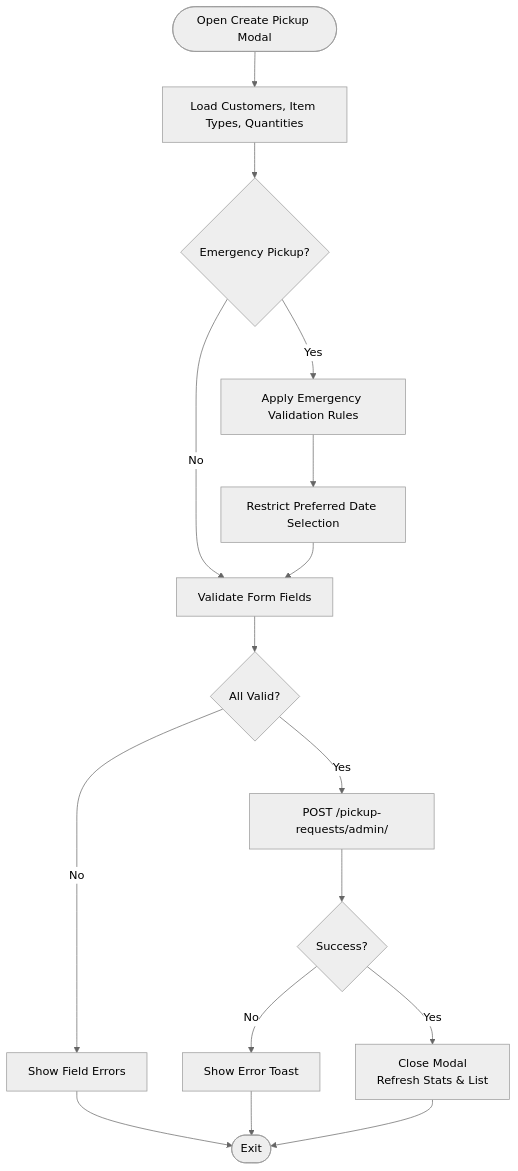
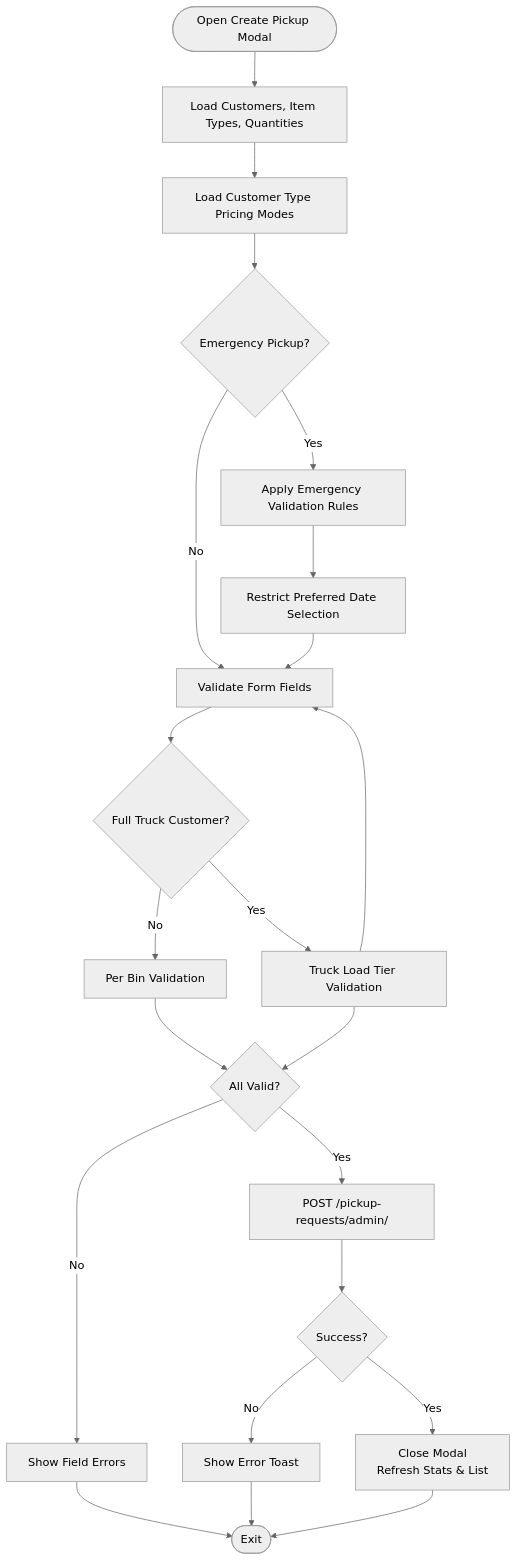
The fourth of 11 diagrams in .qoder/repowiki/en/content/Business Modules/Pickup Operations.md (Lazynerd-Studios/lacarte-atlas-console), drawn with Mermaid (neutral theme) before and after one commit. The commit also changed other lines of this file and 12 other files, not shown here.

````diff
--- a/.qoder/repowiki/en/content/Business Modules/Pickup Operations.md
+++ b/.qoder/repowiki/en/content/Business Modules/Pickup Operations.md
@@ -346,18 +391,24 @@
 ```mermaid
 flowchart TD
 Start(["Open Create Pickup Modal"]) --> LoadOptions["Load Customers, Item Types, Quantities"]
-LoadOptions --> CheckEmergency{"Emergency Pickup?"}
+LoadOptions --> LoadPricingModes["Load Customer Type Pricing Modes"]
+LoadPricingModes --> CheckEmergency{"Emergency Pickup?"}
 CheckEmergency -- No --> Validate["Validate Form Fields"]
 CheckEmergency -- Yes --> EmergencyValidation["Apply Emergency Validation Rules"]
 EmergencyValidation --> DateRestrictions["Restrict Preferred Date Selection"]
 DateRestrictions --> Validate
-Validate --> Valid{"All Valid?"}
+Validate --> CheckPricingMode{"Full Truck Customer?"}
+CheckPricingMode -- No --> PerBinValidation["Per Bin Validation"]
+CheckPricingMode -- Yes --> TruckTierValidation["Truck Load Tier Validation"]
+TruckTierValidation --> Validate
+PerBinValidation --> Valid{"All Valid?"}
+TruckTierValidation --> Valid
 Valid -- No --> ShowErrors["Show Field Errors"]
 Valid -- Yes --> Submit["POST /pickup-requests/admin/"]
 Submit --> Success{"Success?"}
 Success -- No --> HandleError["Show Error Toast"]
 Success -- Yes --> CloseAndRefresh["Close Modal<br/>Refresh Stats & List"]
 ShowErrors --> End(["Exit"])
 HandleError --> End
 CloseAndRefresh --> End
 ```
````
